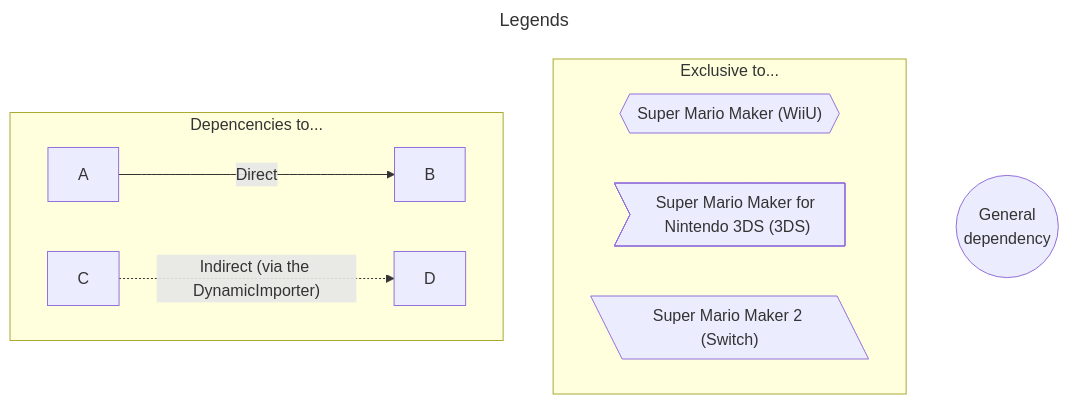
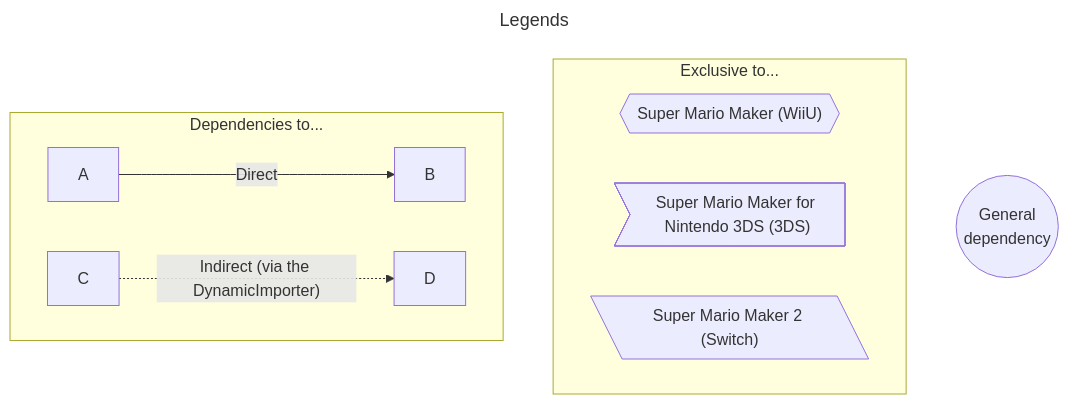
Before and after one commit to joooKiwi/smm-encyclopedia: the first of 2 diagrams in README.md, drawn with Mermaid. The commit also changed other lines of this file, not shown here.

````diff
--- a/README.md
+++ b/README.md
@@ -241,16 +240,16 @@
 ```mermaid
 ---
 title: Legends
 ---
 flowchart TB
   E(("General<br/>dependency"))
   subgraph Exclusive to...
     SMM1{{"Super Mario Maker (WiiU)"}}
     SMM3DS>"Super Mario Maker for Nintendo 3DS (3DS)"]
     SMM2[\"Super Mario Maker 2 (Switch)"\]
   end
-  subgraph Depencencies to...
+  subgraph Dependencies to...
     A -- Direct --> B
     C -. "Indirect (via the DynamicImporter)" .-> D
   end
 ```
````
